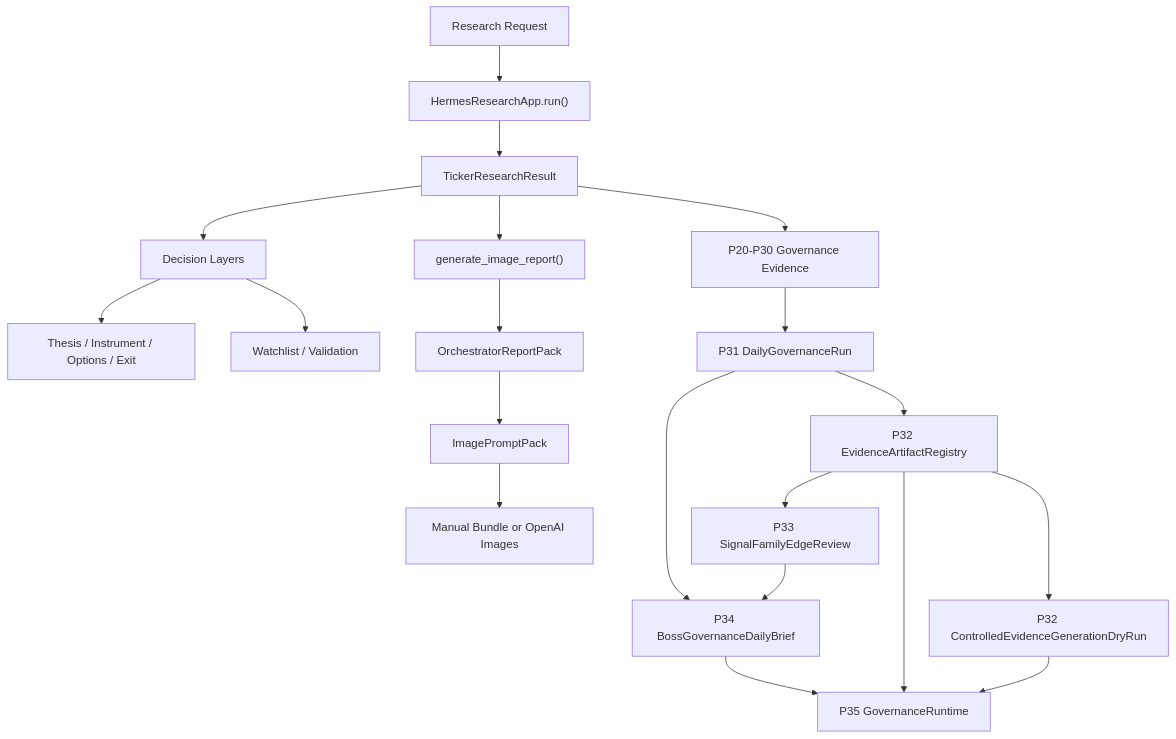
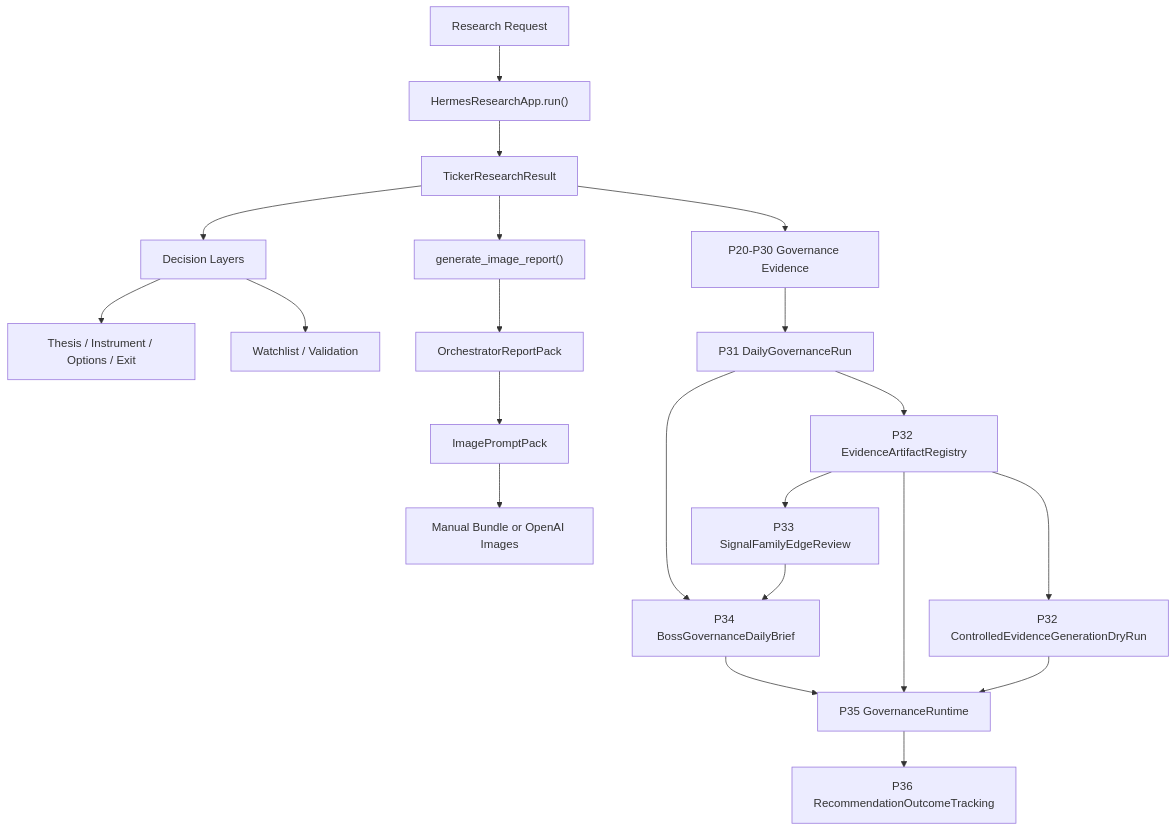
The diagram in README.md (Hugo6Lin/hermes-agent-TradingAgent), drawn with Mermaid before and after one commit. The commit also changed other lines of this file and 1 other file, not shown here.

First line of the commit message:
docs: document p36 recommendation outcomes

````diff
--- a/README.md
+++ b/README.md
@@ -106,23 +109,24 @@
 ```mermaid
 flowchart TD
     A["Research Request"] --> B["HermesResearchApp.run()"]
     B --> C["TickerResearchResult"]
     C --> D["Decision Layers"]
     D --> E["Thesis / Instrument / Options / Exit"]
     D --> F["Watchlist / Validation"]
     C --> G["generate_image_report()"]
     G --> H["OrchestratorReportPack"]
     H --> I["ImagePromptPack"]
     I --> J["Manual Bundle or OpenAI Images"]
 
     C --> K["P20-P30 Governance Evidence"]
     K --> L["P31 DailyGovernanceRun"]
     L --> M["P32 EvidenceArtifactRegistry"]
     M --> N["P32 ControlledEvidenceGenerationDryRun"]
     M --> O["P33 SignalFamilyEdgeReview"]
     L --> P["P34 BossGovernanceDailyBrief"]
     O --> P
     P --> Q["P35 GovernanceRuntime"]
     M --> Q
     N --> Q
+    Q --> R["P36 RecommendationOutcomeTracking"]
 ```
````
